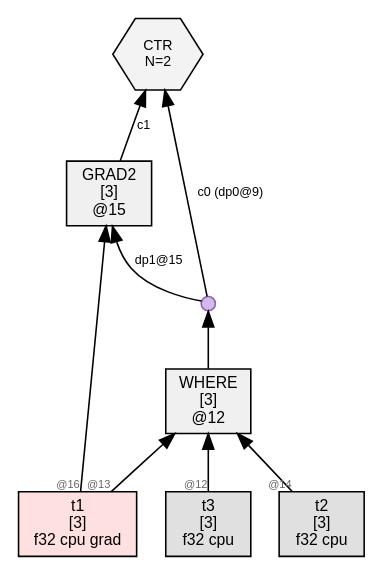
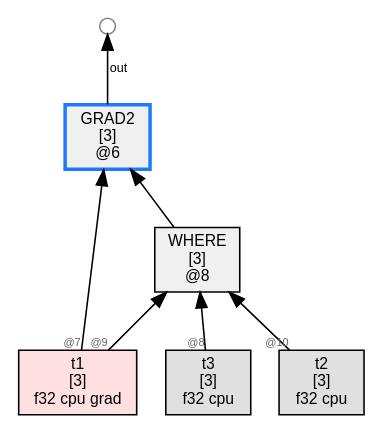
The diagram in wl/examples/thvm_graphs/grad_rules/gradu_where/thvm_0_pre_reduce.dot (sw1sh/TinyHVM), drawn with Graphviz before and after one commit. The commit also changed 244 other files, not shown here.

First line of the commit message:
grad: WHERE gradient works via GRAD2-context lazy reducer

```diff
--- a/wl/examples/thvm_graphs/grad_rules/gradu_where/thvm_0_pre_reduce.dot
+++ b/wl/examples/thvm_graphs/grad_rules/gradu_where/thvm_0_pre_reduce.dot
@@ -1,21 +1,18 @@
 digraph G {
   rankdir=BT;
   node [fontname="Helvetica", fontsize=10, style=filled, shape=box, margin="0.1,0.05"];
   edge [fontsize=8, fontname="Helvetica"];
 
-  n15 [label="GRAD2\n[3]\n@15", shape=box, fillcolor="#f0f0f0"];
-  dup11 [label="", shape=circle, width=0.12, height=0.12, fixedsize=true, fillcolor="#d4b8e8", color="#8a63b7", fontsize=1];
-  n12 -> dup11;
-  dup11 -> n15 [label="dp1@15"];
+  n8 [label="WHERE\n[3]\n@8", shape=box, fillcolor="#f0f0f0"];
+  t3 [label="t3\n[3]\nf32 cpu",shape=box,fillcolor="#e0e0e0"];
+  t3 -> n8 [label="",taillabel="@8",labelfontsize=7,fontcolor="#666666"];
   t1 [label="t1\n[3]\nf32 cpu grad",shape=box,fillcolor="#ffe0e0"];
-  t1 -> n15 [label="",taillabel="@16",labelfontsize=7,fontcolor="#666666"];
-  n12 [label="WHERE\n[3]\n@12", shape=box, fillcolor="#f0f0f0"];
-  t3 [label="t3\n[3]\nf32 cpu",shape=box,fillcolor="#e0e0e0"];
-  t3 -> n12 [label="",taillabel="@12",labelfontsize=7,fontcolor="#666666"];
-  t1 -> n12 [label="",taillabel="@13",labelfontsize=7,fontcolor="#666666"];
+  t1 -> n8 [label="",taillabel="@9",labelfontsize=7,fontcolor="#666666"];
   t2 [label="t2\n[3]\nf32 cpu",shape=box,fillcolor="#e0e0e0"];
-  t2 -> n12 [label="",taillabel="@14",labelfontsize=7,fontcolor="#666666"];
-  ctr9 [label="CTR\nN=2", shape=hexagon, fillcolor="#f3f3f3", fontsize=9];
-  dup11 -> ctr9 [label="c0 (dp0@9)"];
-  n15 -> ctr9 [label="c1"];
+  t2 -> n8 [label="",taillabel="@10",labelfontsize=7,fontcolor="#666666"];
+  n6 [label="GRAD2\n[3]\n@6", shape=box, fillcolor="#f0f0f0",color="#1f78ff",penwidth=2.2];
+  n8 -> n6 [label=""];
+  t1 -> n6 [label="",taillabel="@7",labelfontsize=7,fontcolor="#666666"];
+  free6_1000 [label="",shape=circle,width=0.14,height=0.14,fixedsize=true,fillcolor="#ffffff",color="#888888",fontsize=1];
+  n6 -> free6_1000 [label="out"];
 }
```
